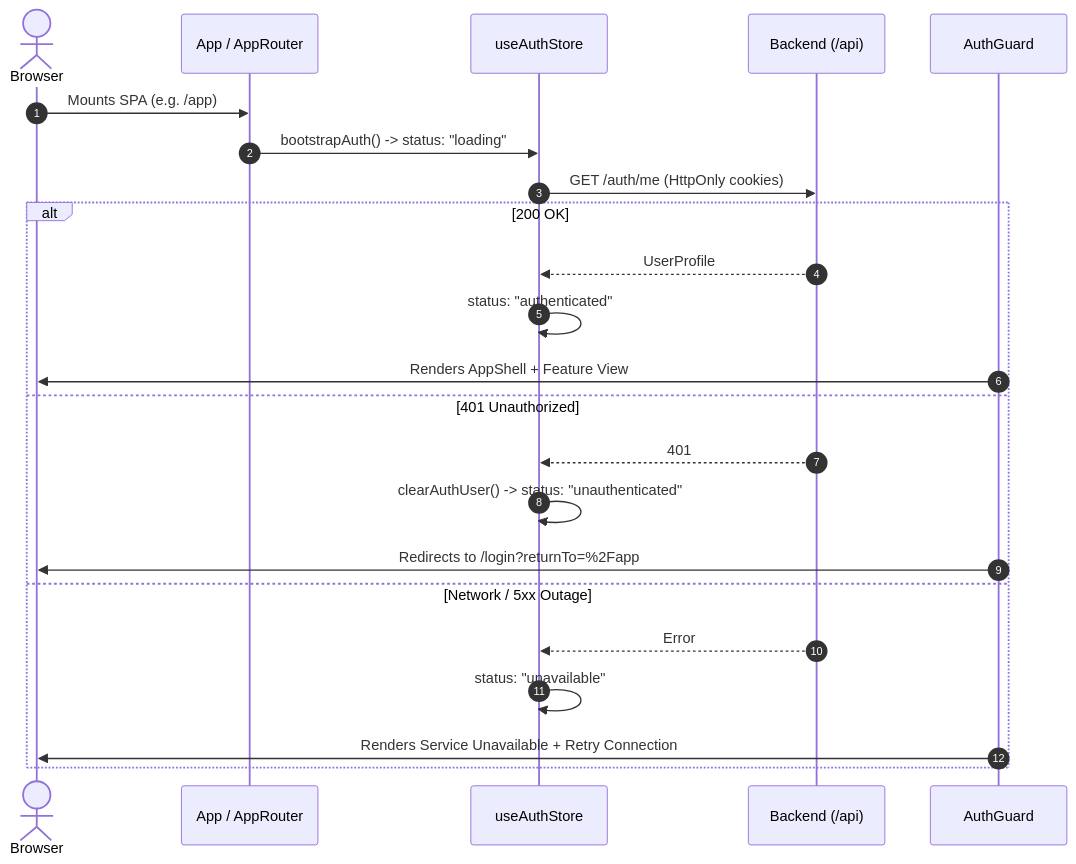
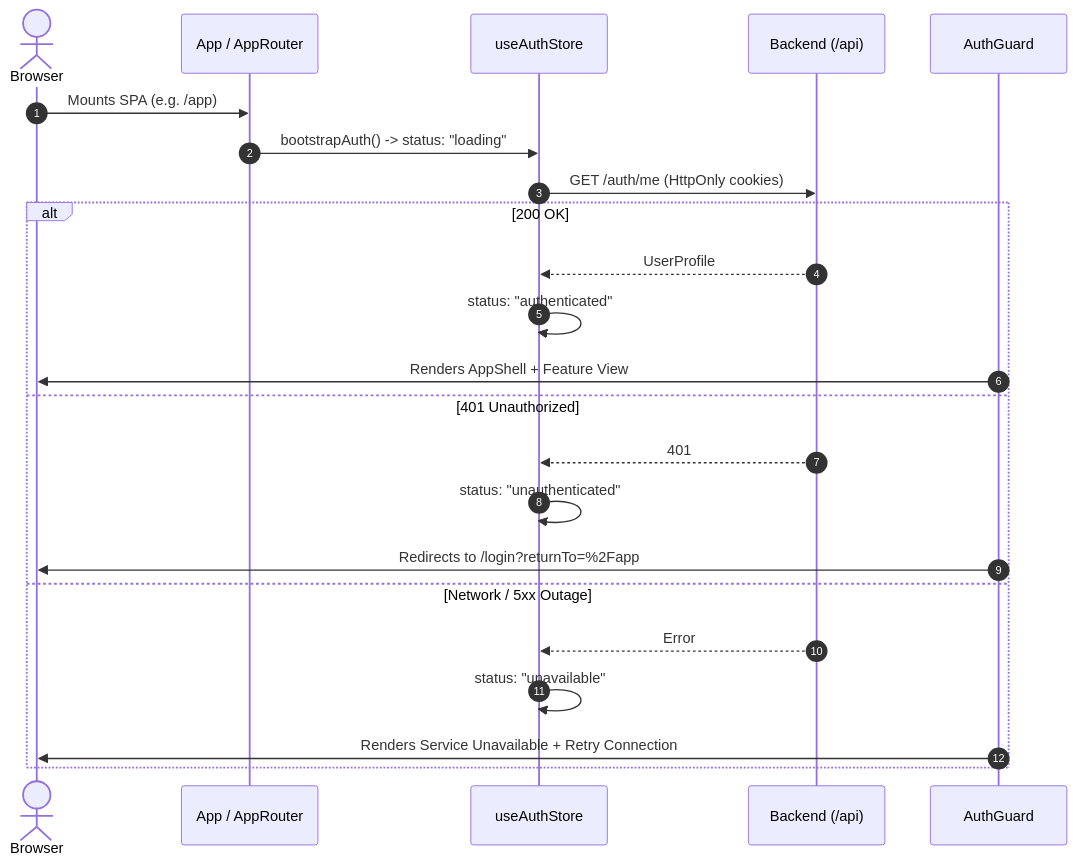
Before and after one commit to utkarshj014/authsphere: the fifth of 9 diagrams in docs/FRONTEND_ARCHITECTURE.md, drawn with Mermaid. The commit also changed other lines of this file and 5 other files, not shown here.

````diff
--- a/docs/FRONTEND_ARCHITECTURE.md
+++ b/docs/FRONTEND_ARCHITECTURE.md
@@ -276,27 +275,27 @@
 ```mermaid
 sequenceDiagram
     autonumber
     actor User as Browser
     participant App as App / AppRouter
     participant Store as useAuthStore
     participant API as Backend (/api)
     participant Guard as AuthGuard
 
     User->>App: Mounts SPA (e.g. /app)
     App->>Store: bootstrapAuth() -> status: "loading"
     Store->>API: GET /auth/me (HttpOnly cookies)
 
     alt 200 OK
         API-->>Store: UserProfile
         Store->>Store: status: "authenticated"
         Guard->>User: Renders AppShell + Feature View
     else 401 Unauthorized
         API-->>Store: 401
-        Store->>Store: clearAuthUser() -> status: "unauthenticated"
+        Store->>Store: status: "unauthenticated"
         Guard->>User: Redirects to /login?returnTo=%2Fapp
     else Network / 5xx Outage
         API-->>Store: Error
         Store->>Store: status: "unavailable"
         Guard->>User: Renders Service Unavailable + Retry Connection
     end
 ```
````
